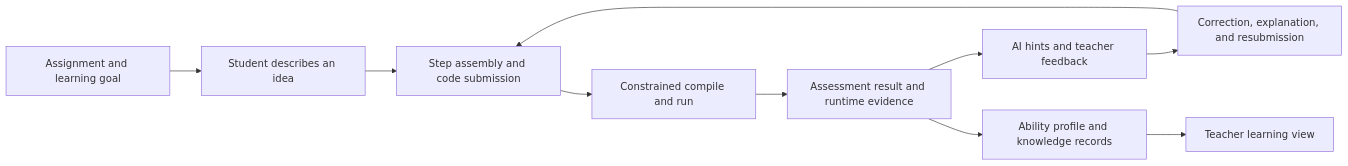
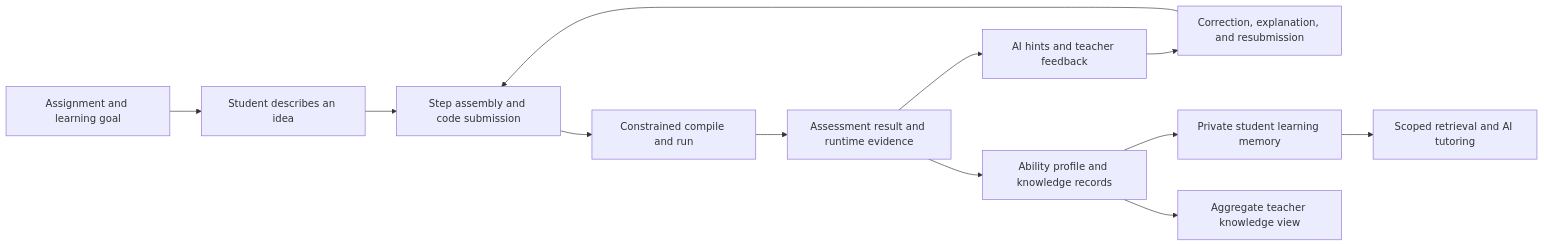
Before and after one commit to XiaoCow666/CodeSense: the first of 4 diagrams in README.en.md, drawn with Mermaid. The commit also changed other lines of this file and 4 other files, not shown here.

Commit message:
release: prepare v1.5.0 student learning memory

````diff
--- a/README.en.md
+++ b/README.en.md
@@ -147,12 +158,14 @@
 ```mermaid
 flowchart LR
     A[Assignment and learning goal] --> B[Student describes an idea]
     B --> C[Step assembly and code submission]
     C --> D[Constrained compile and run]
     D --> E[Assessment result and runtime evidence]
     E --> F[AI hints and teacher feedback]
     F --> G[Correction, explanation, and resubmission]
     G --> C
     E --> H[Ability profile and knowledge records]
-    H --> I[Teacher learning view]
+    H --> I[Private student learning memory]
+    I --> J[Scoped retrieval and AI tutoring]
+    H --> K[Aggregate teacher knowledge view]
 ```
````
